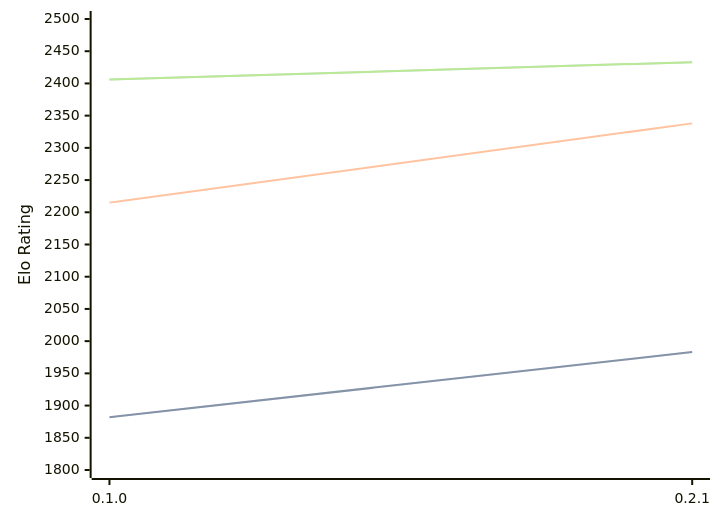
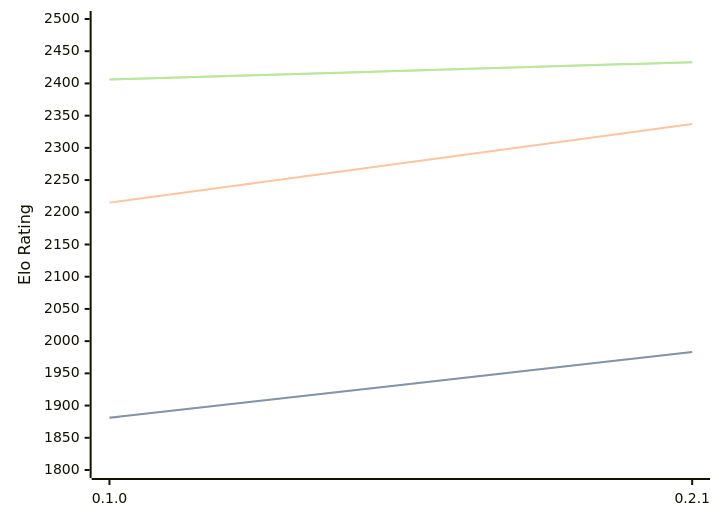
One commit to computer-chess-index/cci changed the first of 3 diagrams in engines/Sykora.md. Above: the diagram before and after it, drawn with Mermaid. The commit also changed other lines of this file, not shown here.

````diff
--- a/engines/Sykora.md
+++ b/engines/Sykora.md
@@ -33,11 +33,11 @@
 ```mermaid
 %%{init: {"theme":"base","themeVariables":{"seriesColors:['#a3a3a3','#222221','#faa371']}}}%%
 xychart-beta
   x-axis ["0.1.0", "0.2.1"]
   y-axis "Elo Rating" 1800 --> 2500
-  line "STC (8.0+0.08s)" [1882, 1983]
-  line "STC (8.0+0.08s)" [1882, 1983]
-  line "LTC (60.0+0.60s)" [2215, 2338]
+  line "STC (8.0+0.08s)" [1881, 1983]
+  line "STC (8.0+0.08s)" [1881, 1983]
+  line "LTC (60.0+0.60s)" [2215, 2337]
   line "VLTC (2m24s+1.12s)" [2406, 2433]
   line "VLTC (2m24s+1.12s)" [2406, 2433]
 ```
````
